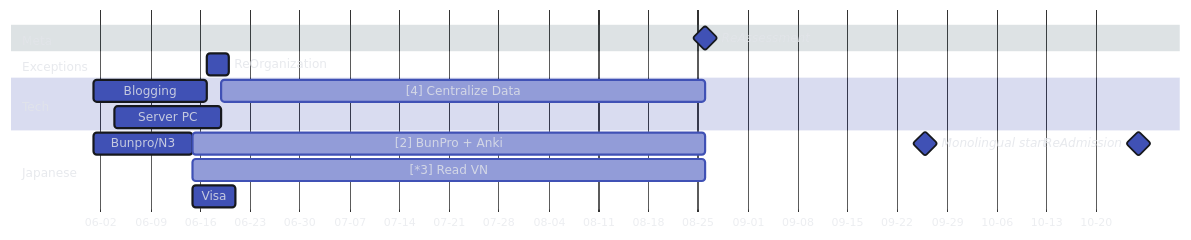
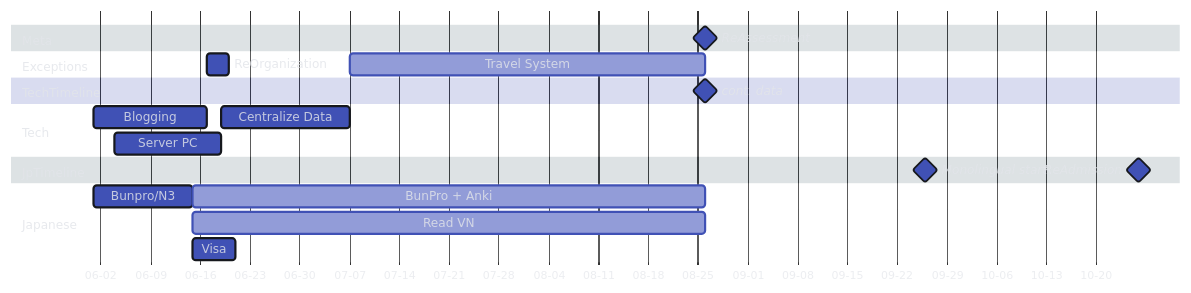
One commit to Serralq/Project-Norn changed the first of 2 diagrams in docs/index.md. Above: the diagram before and after it, drawn with Mermaid.

Commit message:
Remove priority markers

````diff
--- a/docs/index.md
+++ b/docs/index.md
@@ -34,42 +34,46 @@
     ``` mermaid
     ---
     displayMode: compact
     ---
     %%{
       init: {
         'theme': 'base',
         'themeVariables': {
           'darkMode': 'true',
           'fontFamily': 'hermit',
           'primaryColor': '#4051b5',
           'primaryBorderColor': '#16181D',
           'tertiaryColor': '#546d78',
           'tertiaryTextColor': '#E2E4E9D1',
           'textColor': '#E2E4E9D1',
           'noteTextColor': '#E2E4E9D1'
         }
       }
     }%%
     gantt
       dateFormat YY-MM-DD
       axisFormat %m-%d
       tickInterval 1week
       todayMarker stroke-width:3px,stroke:#E2E4E9,opacity:0.5
       section Meta
         ReAssessment              :milestone,  m1, 24-08-26, 0d
       section Exceptions
         ReOrganization            :            m3 , 24-06-17, 24-06-20
+        Travel System             :active,     m4 , 24-07-07, until m1
+      section TechTimeline
+        cont. data                    :milestone,  t4 , after m1, 0d
       section Tech
         Blogging                  :            t1 , 24-06-01, 24-06-17
         Server PC                 :            t2 , 24-06-04, 24-06-19
-        [4] Centralize Data           :active,     t3 , 24-06-19, until m1
+        Centralize Data           :            t3 , 24-06-19, 24-07-07
+      section JpTimeline
+        Monolingual start         :milestone,  j11, 24-09-26, 0d
+        ReAdmission               :milestone,  j10, 24-10-26, 0d
       section Japanese
         Bunpro/N3                 :            j1 , 24-06-01, 24-06-15
-        [2] BunPro + Anki             :active,     j2 , after j1, until m1
-        [*3] Read VN                  :active,     j3 , after j1, until m1
+        BunPro + Anki             :active,     j2 , after j1, until m1
+        Read VN                  :active,     j3 , after j1, until m1
         Visa                      :            j4 , 24-06-15, 24-06-21
         %% Futures
-        Monolingual start         :milestone,  j11, 24-09-26, 0d
-        ReAdmission               :milestone,  j10, 24-10-26, 0d
       section Stationaries
     ```
````
